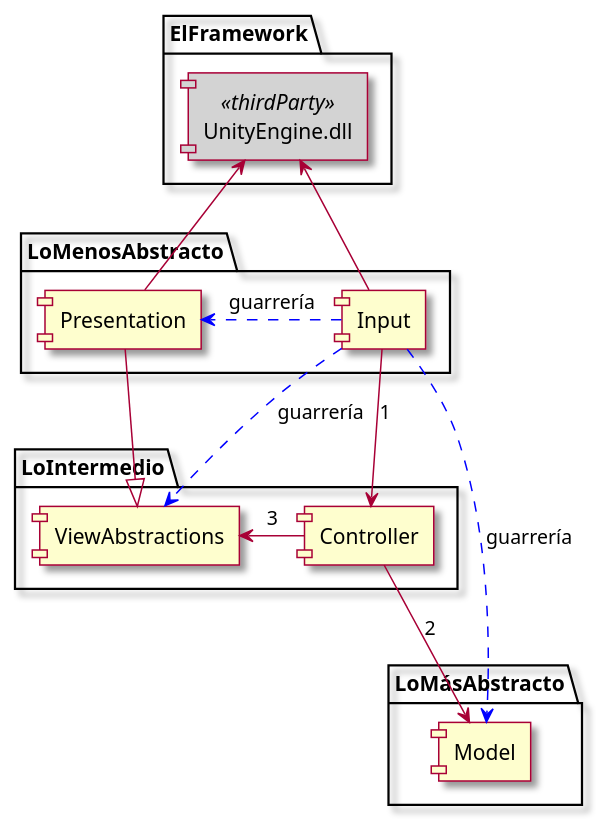
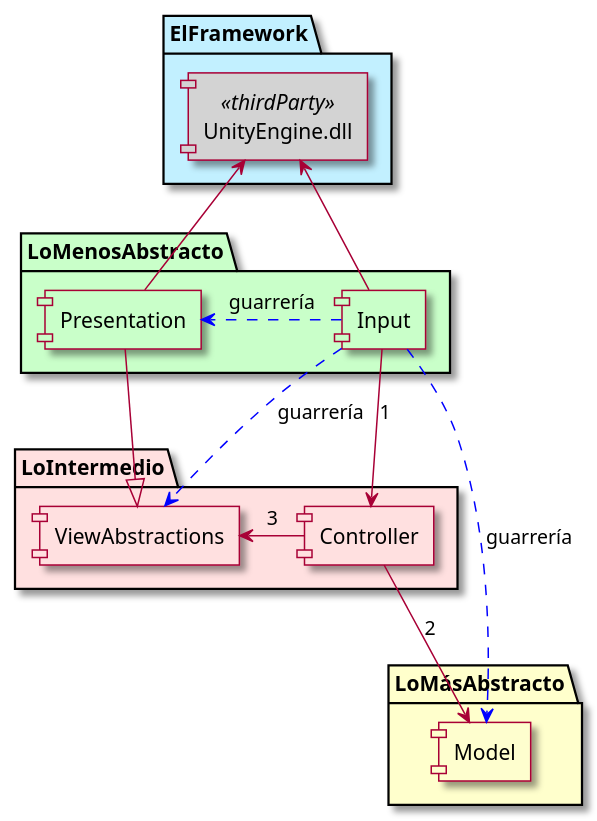
One commit to RicardoGuzmanVelasco/ArchitecturalCookieClicker changed the diagram in Assets/CoD/Docs~/Architecture.puml. Above: the diagram before and after it, drawn with PlantUML.

Commit message:
docs: colorize by layer

```diff
--- a/Assets/CoD/Docs~/Architecture.puml
+++ b/Assets/CoD/Docs~/Architecture.puml
@@ -1,36 +1,36 @@
 @startuml
 skin rose
 skinparam componentstyle uml1
 
-package LoMásAbstracto {
+package LoMásAbstracto #business {
 component Model
 }
 
-package LoMenosAbstracto {
-component Presentation
-component Input
+package LoMenosAbstracto #technology {
+component Presentation #technology
+component Input #technology
 }
 
-package LoIntermedio {
-component Controller
-component ViewAbstractions
+package LoIntermedio #implementation {
+component Controller #implementation
+component ViewAbstractions #implementation
 }
 
-package ElFramework{
+package ElFramework #application{
 component UnityEngine.dll <<thirdParty>> #lightgray
 }
 
 Input --> Controller : 1
 Controller --> Model : 2
 Presentation --|> ViewAbstractions
 Controller -> ViewAbstractions : 3
 
 Presentation -u-> UnityEngine.dll
 Input -u-> UnityEngine.dll
 
 
 Input ..> ViewAbstractions #blue : guarrería
 Input ..> Model #blue : guarrería
 Input .> Presentation #blue : guarrería
 
 @enduml
```
